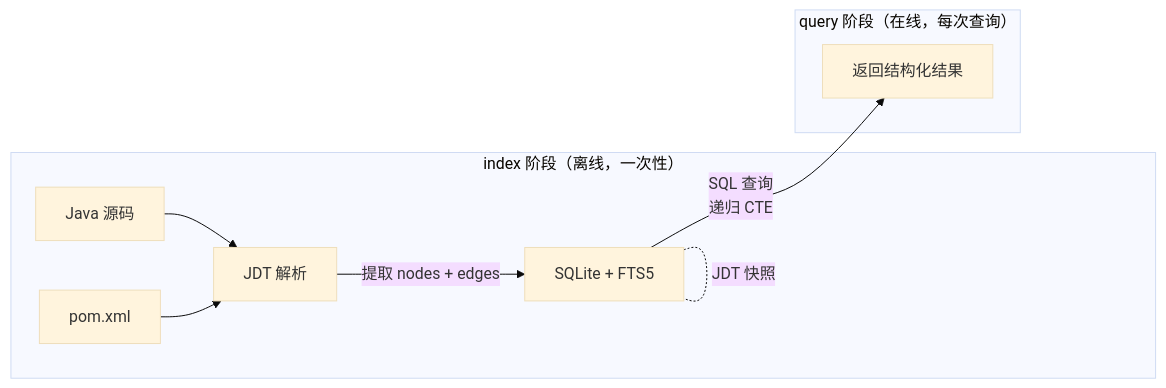
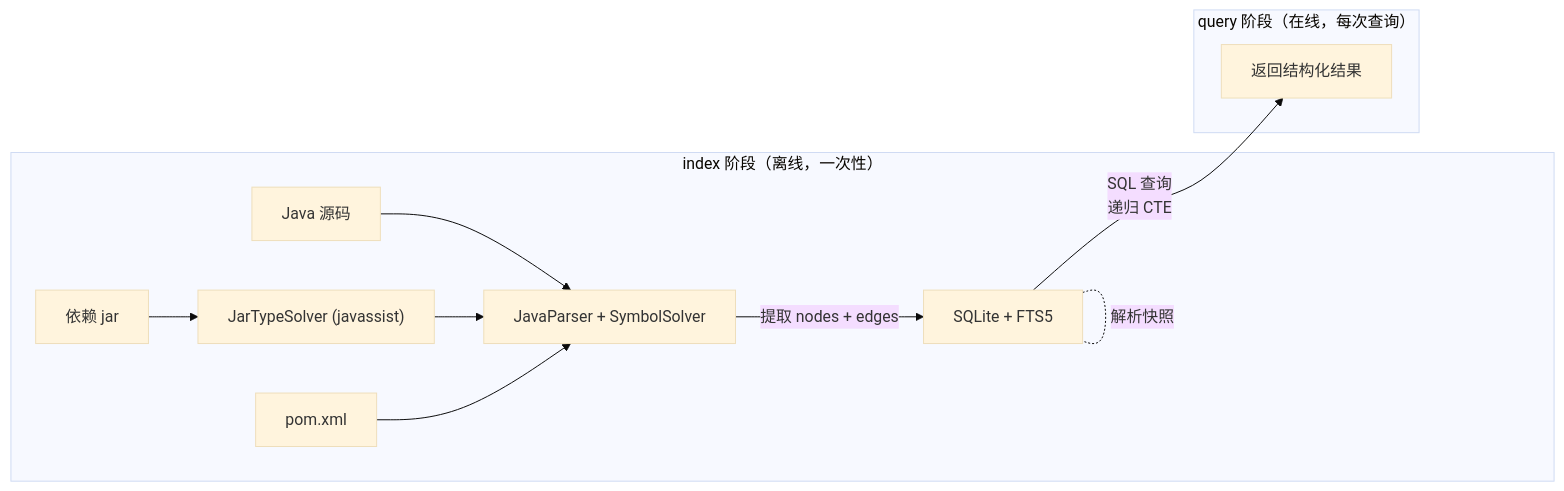
The first of 7 diagrams in DESIGN.md (stream-iori/anatomist), drawn with Mermaid (base theme) before and after one commit. The commit also changed other lines of this file and 51 other files, not shown here.

First line of the commit message:
Replace JDT with JavaParser + SymbolSolver

````diff
--- a/DESIGN.md
+++ b/DESIGN.md
@@ -15,14 +15,16 @@
 ```mermaid
 graph LR
     subgraph IndexPhase["index 阶段（离线，一次性）"]
-        SRC["Java 源码"] --> JDT["JDT 解析"]
-        POM["pom.xml"] --> JDT
-        JDT --> |提取 nodes + edges| SQLITE["SQLite + FTS5"]
+        SRC["Java 源码"] --> JP["JavaParser + SymbolSolver"]
+        JAR["依赖 jar"] --> JTS["JarTypeSolver (javassist)"]
+        JTS --> JP
+        POM["pom.xml"] --> JP
+        JP --> |提取 nodes + edges| SQLITE["SQLite + FTS5"]
     end
 
     subgraph QueryPhase["query 阶段（在线，每次查询）"]
         SQLITE --> |SQL 查询<br/>递归 CTE| RESULT["返回结构化结果"]
     end
 
-    SQLITE -.- |JDT 快照| SQLITE
+    SQLITE -.- |解析快照| SQLITE
 ```
````
